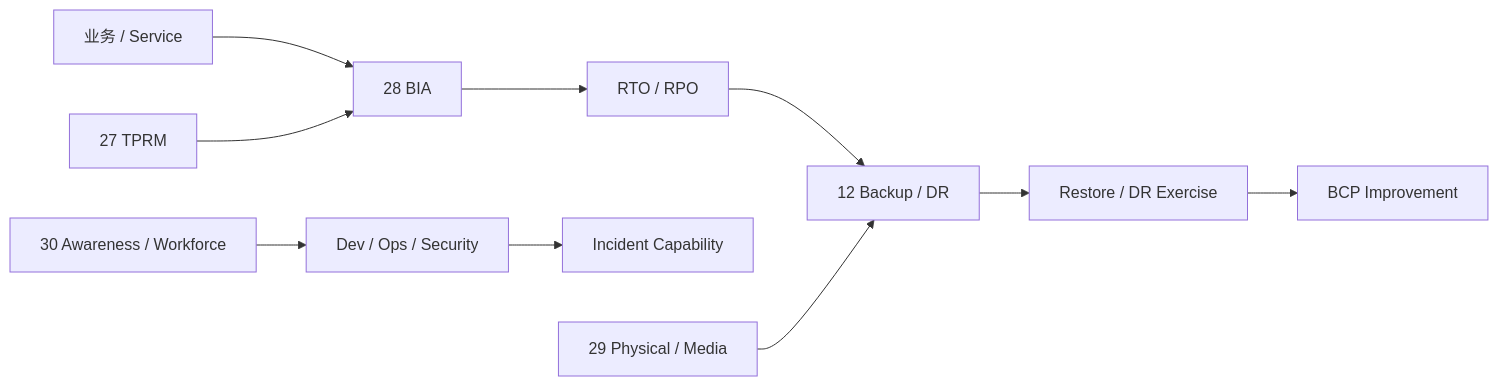
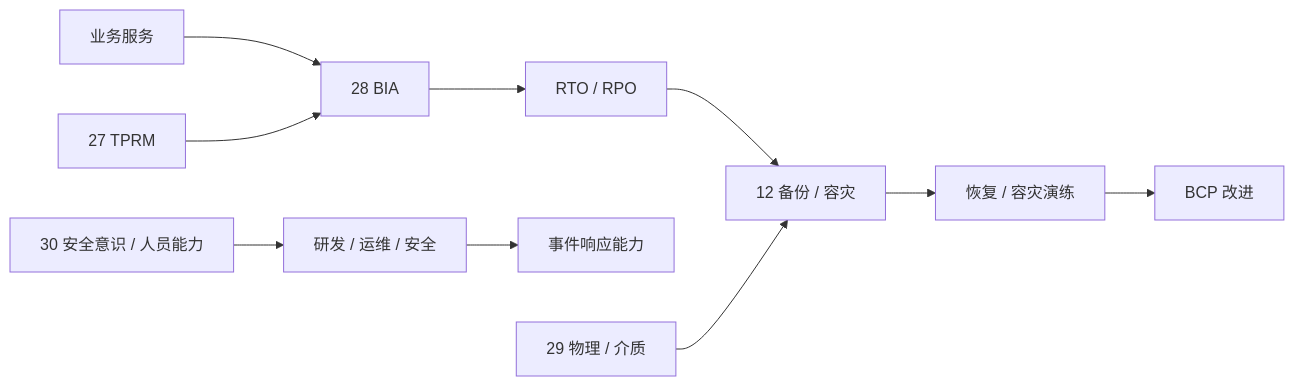
The seventh of 10 diagrams in docs/公司安全知识图谱.md (xiaochen201807/company-network-security-docs), drawn with Mermaid before and after one commit. The commit also changed other lines of this file and 81 other files, not shown here.

```diff
--- a/docs/公司安全知识图谱.md
+++ b/docs/公司安全知识图谱.md
@@ -339,14 +339,14 @@
 ~~~mermaid
 flowchart LR
-    SERVICE["业务 / Service"] --> BIA["28 BIA"]
+    SERVICE["业务服务"] --> BIA["28 BIA"]
     BIA --> RTO["RTO / RPO"]
-    RTO --> DR["12 Backup / DR"]
-    DR --> TEST["Restore / DR Exercise"]
-    TEST --> BCP["BCP Improvement"]
+    RTO --> DR["12 备份 / 容灾"]
+    DR --> TEST["恢复 / 容灾演练"]
+    TEST --> BCP["BCP 改进"]
 
-    PEOPLE["30 Awareness / Workforce"] --> OPS["Dev / Ops / Security"]
-    OPS --> IR["Incident Capability"]
+    PEOPLE["30 安全意识 / 人员能力"] --> OPS["研发 / 运维 / 安全"]
+    OPS --> IR["事件响应能力"]
 
-    PHY["29 Physical / Media"] --> DR
+    PHY["29 物理 / 介质"] --> DR
     VENDOR["27 TPRM"] --> BIA
 ~~~
```
